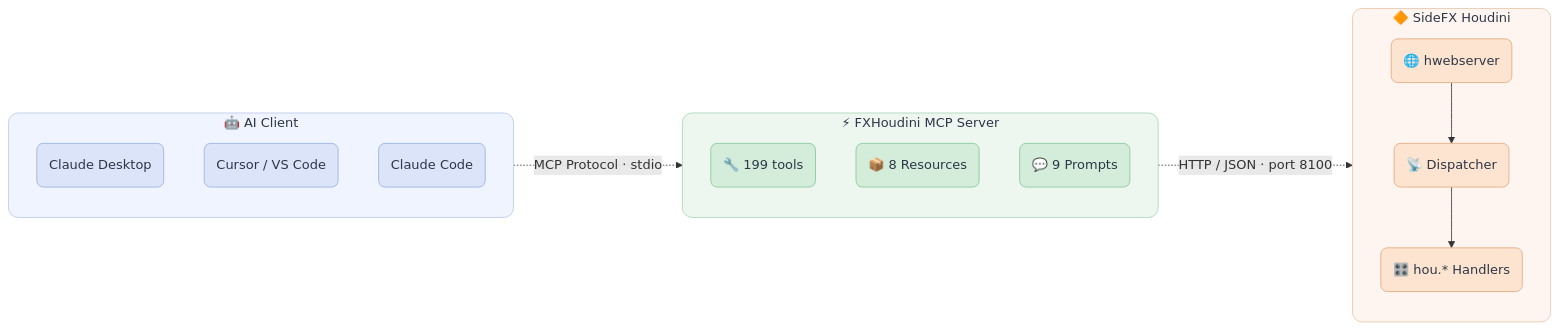
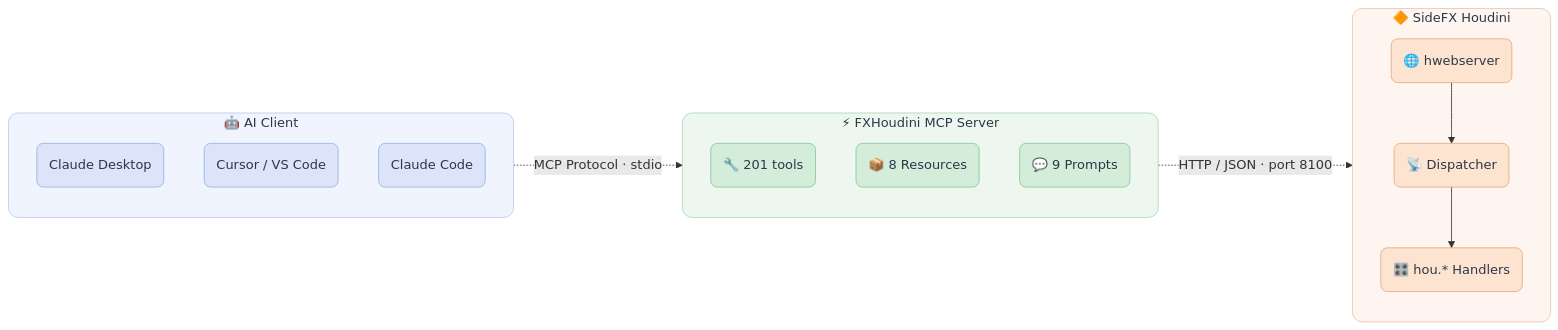
The diagram in README.md (Ced04826/fxhoudinimcp), drawn with Mermaid before and after one commit. The commit also changed other lines of this file and 10 other files, not shown here.

````diff
--- a/README.md
+++ b/README.md
@@ -91,42 +91,42 @@
 ```mermaid
 flowchart LR
     subgraph Client[" 🤖 AI Client "]
         direction TB
         A1("Claude Desktop")
         A2("Cursor / VS Code")
         A3("Claude Code")
     end
 
     subgraph MCP[" ⚡ FXHoudini MCP Server "]
         direction TB
-        B1("🔧 199 tools")
+        B1("🔧 201 tools")
         B2("📦 8 Resources")
         B3("💬 9 Prompts")
     end
 
     subgraph Houdini[" 🔶 SideFX Houdini "]
         direction TB
         C1("🌐 hwebserver")
         C2("📡 Dispatcher")
         C3("🎛️ hou.* Handlers")
         C1 --> C2 --> C3
     end
 
     Client -. "MCP Protocol · stdio" .-> MCP
     MCP -. "HTTP / JSON · port 8100" .-> Houdini
 
     classDef clientBox fill:#f0f4ff,stroke:#b8c9e8,stroke-width:1px,color:#2d3748,rx:12,ry:12
     classDef mcpBox fill:#eef6f0,stroke:#a8d5b8,stroke-width:1px,color:#2d3748,rx:12,ry:12
     classDef houdiniBox fill:#fff5f0,stroke:#e8c4a8,stroke-width:1px,color:#2d3748,rx:12,ry:12
 
     classDef clientNode fill:#dbe4f8,stroke:#96b0dc,stroke-width:1px,color:#2d3748,rx:8,ry:8
     classDef mcpNode fill:#d4edda,stroke:#82c896,stroke-width:1px,color:#2d3748,rx:8,ry:8
     classDef houdiniNode fill:#fde4d0,stroke:#e0a87c,stroke-width:1px,color:#2d3748,rx:8,ry:8
 
     class Client clientBox
     class MCP mcpBox
     class Houdini houdiniBox
     class A1,A2,A3 clientNode
     class B1,B2,B3 mcpNode
     class C1,C2,C3 houdiniNode
 ```
````
